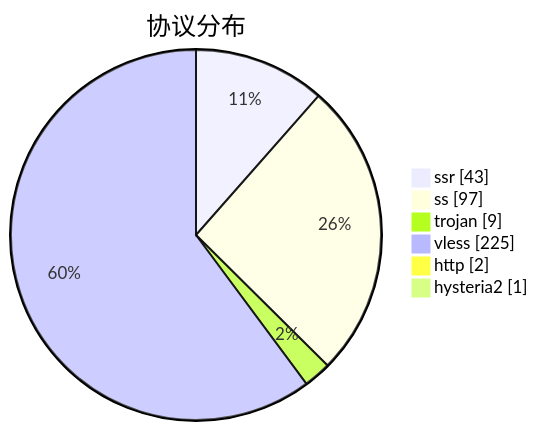
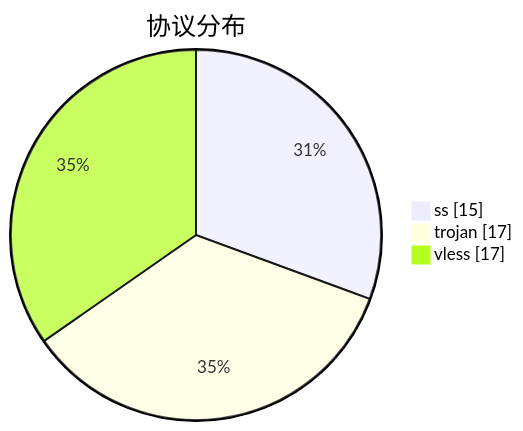
The third of 3 diagrams in subs/statistics/tested_within.md (qjlxg/airport), drawn with Mermaid before and after one commit. The commit also changed other lines of this file and 2 other files, not shown here.

````diff
--- a/subs/statistics/tested_within.md
+++ b/subs/statistics/tested_within.md
@@ -19,10 +15,7 @@
 ```mermaid
 pie showData
 title 协议分布
-"ssr" : 43
-"ss" : 97
-"trojan" : 9
-"vless" : 225
-"http" : 2
-"hysteria2" : 1
+"ss" : 15
+"trojan" : 17
+"vless" : 17
 ```
````
